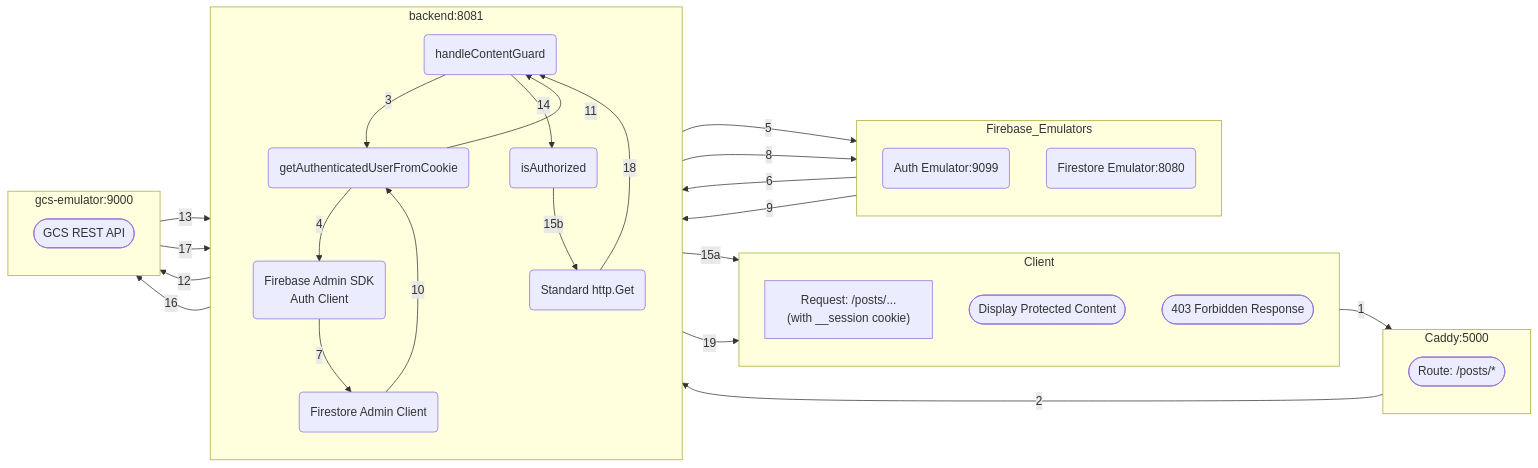
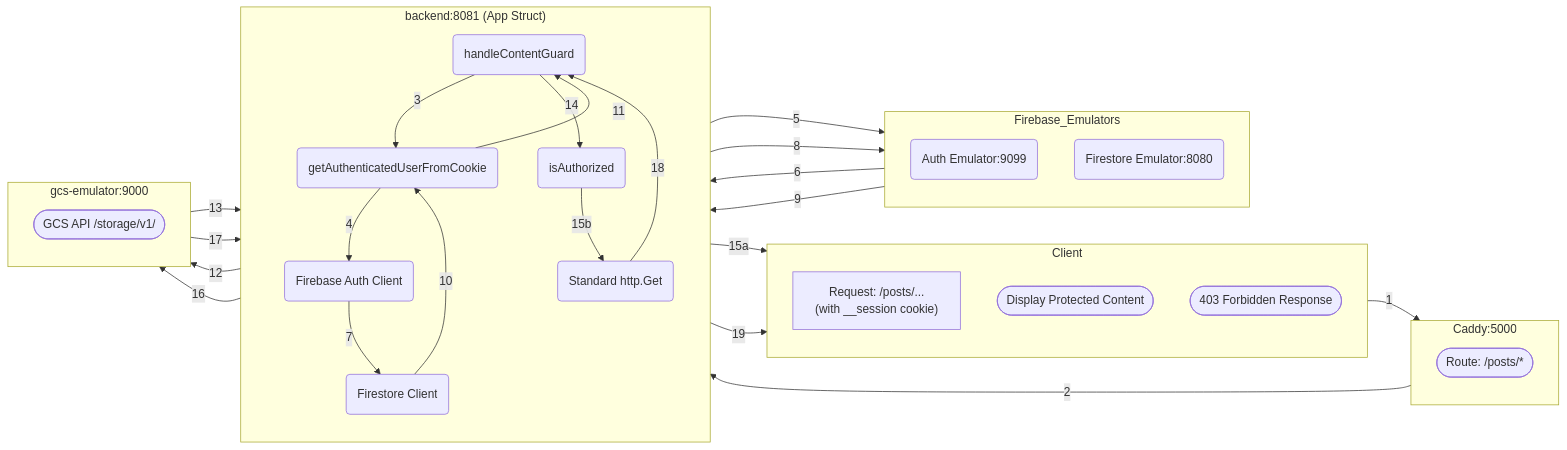
One commit to cheomanigua/bwa-docs changed the first of 2 diagrams in content/docs/gated-content.md. Above: the diagram before and after it, drawn with Mermaid. The commit also changed other lines of this file and 2 other files, not shown here.

````diff
--- a/content/docs/gated-content.md
+++ b/content/docs/gated-content.md
@@ -92,64 +92,65 @@
 ```mermaid
 flowchart LR
     subgraph Client
         direction TB
         request["Request: /posts/...<br/>(with __session cookie)"]
         display([Display Protected Content])
         forbidden([403 Forbidden Response])
     end
 
     subgraph Caddy ["Caddy:5000"]
         direction TB
         caddy_route([Route: /posts/*])
     end
 
-    subgraph Go_Backend ["backend:8081"]
+    subgraph Go_Backend ["backend:8081 (App Struct)"]
         direction TB
         handler(handleContentGuard)
         helper(getAuthenticatedUserFromCookie)
         guard(isAuthorized)
         http_fetch(Standard http.Get)
-        auth_admin(Firebase Admin SDK<br/>Auth Client)
-        firestore_client(Firestore Admin Client)
+        auth_admin(Firebase Auth Client)
+        firestore_client(Firestore Client)
     end
 
     subgraph Firebase_Emulators
         direction TB
         auth_emu(Auth Emulator:9099)
         firestore_emu(Firestore Emulator:8080)
     end
 
     subgraph GCS_Emulator ["gcs-emulator:9000"]
         direction TB
-        gcs_api([GCS REST API])
+        gcs_api([GCS API /storage/v1/])
     end
 
     request -- 1 --> caddy_route
     caddy_route -- 2 --> handler
 
     %% Authentication & Authorization
     handler -- 3 --> helper
     helper -- 4 --> auth_admin
     auth_admin -- 5 --> auth_emu
     auth_emu -- 6 --> auth_admin
     auth_admin -- 7 --> firestore_client
     firestore_client -- 8 --> firestore_emu
     firestore_emu -- 9 --> firestore_client
     firestore_client -- 10 --> helper
     helper -- 11 --> handler
 
     %% Metadata & Logic
     handler -- 12 --> gcs_api
     gcs_api -- 13 --> handler
     handler -- 14 --> guard
 
     %% Branching
     guard -- 15a --> forbidden
     guard -- 15b --> http_fetch
 
     %% Fetch & Stream
     http_fetch -- 16 --> gcs_api
     gcs_api -- 17 --> http_fetch
     http_fetch -- 18 --> handler
     handler -- 19 --> display
+
 ```
````
